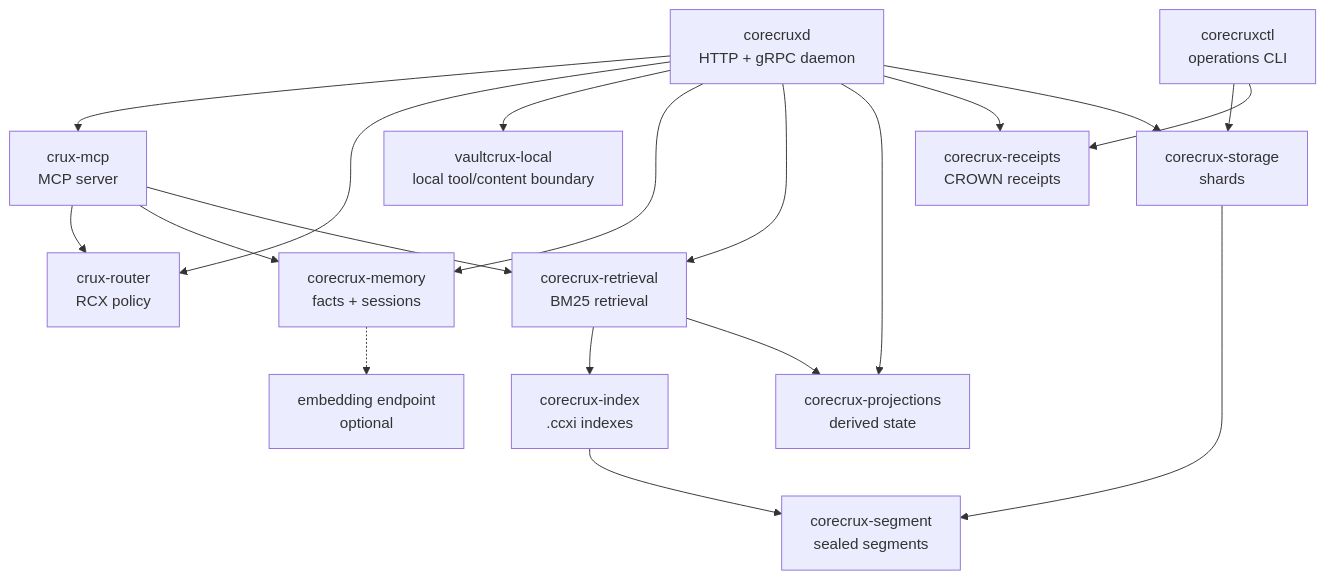
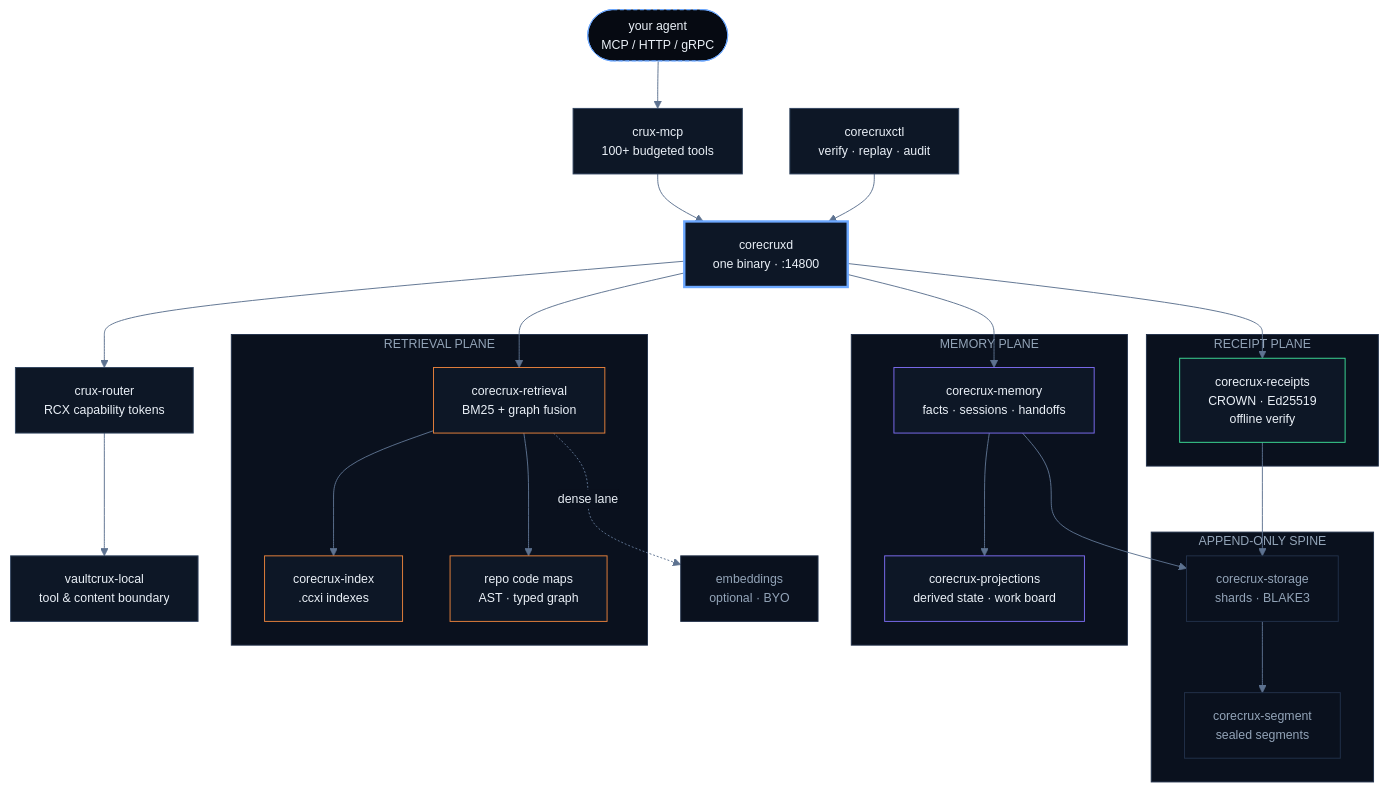
Before and after one commit to CueCrux/Crux: the first of 2 diagrams in README.md, drawn with Mermaid. The commit also changed other lines of this file and 1 other file, not shown here.

Commit message:
docs(readme): review + Glass-theme the How-it-works and platform workflows
Accuracy pass against 0.5.38 capabilities:
- Add the shipped AST code-maps capability (repo registry + typed
  code-structure graph) to the How-it-works diagram and the What-you-get
  table — it was the 0.5.38 headline and appeared nowhere in the README.
- Add WikiCrux (wiki.cuecrux.com) to the platform diagram: a live public
  surface served by this daemon's code maps — the dogfooding proof of the
  standalone-by-design pitch.
- Note that credit spends mint signed receipts
  (crux.credit_spend_receipt.v1) — the meter itself is auditable.
- Embeddings edge corrected: the optional endpoint feeds the dense lane
  (retrieval), not memory.

Styling pass (impeccable): both mermaid diagrams now carry the console's
own Glass theme — #060A12 panels, #6CA8FF accent hub, and the plane triad
(violet memory / amber retrieval / mint receipts) matching the console
tile accents; monospace instrument voice; subgraphs make the 'three
planes on an append-only spine' story visible instead of asserted. Both
blocks validated against real mermaid (kroki render).

````diff
--- a/README.md
+++ b/README.md
@@ -221,35 +222,62 @@
 ```mermaid
-graph TD
-    mcp[crux-mcp<br/>MCP server]
-    daemon[corecruxd<br/>HTTP + gRPC daemon]
-    ctl[corecruxctl<br/>operations CLI]
-    router[crux-router<br/>RCX policy]
-    vault[vaultcrux-local<br/>local tool/content boundary]
-    memory[corecrux-memory<br/>facts + sessions]
-    retrieval[corecrux-retrieval<br/>BM25 retrieval]
-    projections[corecrux-projections<br/>derived state]
-    receipts[corecrux-receipts<br/>CROWN receipts]
-    storage[corecrux-storage<br/>shards]
-    segment[corecrux-segment<br/>sealed segments]
-    index[corecrux-index<br/>.ccxi indexes]
-    embeddings[embedding endpoint<br/>optional]
+%%{init: {"theme":"base","themeVariables":{"fontFamily":"ui-monospace,SFMono-Regular,Menlo,Consolas,monospace","fontSize":"13px","primaryColor":"#0D1726","primaryTextColor":"#EAF0F7","primaryBorderColor":"#31445F","lineColor":"#5D7290","clusterBkg":"#0A111E","clusterBorder":"#22314A","titleColor":"#93A4B8","edgeLabelBackground":"#0A111E","tertiaryTextColor":"#93A4B8"}}}%%
+flowchart TD
+    agent(["your agent<br/>MCP / HTTP / gRPC"])
+    mcp["crux-mcp<br/>100+ budgeted tools"]
+    ctl["corecruxctl<br/>verify · replay · audit"]
+    daemon["corecruxd<br/>one binary · :14800"]
+    router["crux-router<br/>RCX capability tokens"]
+    vault["vaultcrux-local<br/>tool & content boundary"]
 
-    daemon --> mcp
-    daemon --> router
-    daemon --> vault
+    subgraph retplane["RETRIEVAL PLANE"]
+        retrieval["corecrux-retrieval<br/>BM25 + graph fusion"]
+        index["corecrux-index<br/>.ccxi indexes"]
+        codemap["repo code maps<br/>AST · typed graph"]
+    end
+
+    subgraph memplane["MEMORY PLANE"]
+        memory["corecrux-memory<br/>facts · sessions · handoffs"]
+        projections["corecrux-projections<br/>derived state · work board"]
+    end
+
+    subgraph recplane["RECEIPT PLANE"]
+        receipts["corecrux-receipts<br/>CROWN · Ed25519<br/>offline verify"]
+    end
+
+    subgraph spine["APPEND-ONLY SPINE"]
+        storage["corecrux-storage<br/>shards · BLAKE3"]
+        segment["corecrux-segment<br/>sealed segments"]
+    end
+
+    embeddings["embeddings<br/>optional · BYO"]
+
+    agent --> mcp --> daemon
+    ctl --> daemon
+    daemon --> router --> vault
+    daemon --> retrieval
     daemon --> memory
-    daemon --> retrieval
-    daemon --> projections
     daemon --> receipts
-    daemon --> storage
-    ctl --> storage
-    ctl --> receipts
-    mcp --> router
-    mcp --> memory
-    mcp --> retrieval
+    memory --> projections
     retrieval --> index
-    retrieval --> projections
+    retrieval --> codemap
+    memory --> storage
+    receipts --> storage
     storage --> segment
-    index --> segment
-    memory -.-> embeddings
+    retrieval -. "dense lane" .-> embeddings
+
+    classDef glass fill:#0D1726,stroke:#31445F,color:#EAF0F7
+    classDef entry fill:#060A12,stroke:#6CA8FF,color:#EAF0F7,stroke-dasharray:4 3
+    classDef hub fill:#0D1726,stroke:#6CA8FF,color:#EAF0F7,stroke-width:2.5px
+    classDef mem fill:#0D1726,stroke:#7C6CF0,color:#EAF0F7
+    classDef ret fill:#0D1726,stroke:#E8823C,color:#EAF0F7
+    classDef rec fill:#0D1726,stroke:#3DDC97,color:#EAF0F7
+    classDef dim fill:#0A111E,stroke:#22314A,color:#93A4B8
+
+    class agent entry
+    class daemon hub
+    class mcp,ctl,router,vault glass
+    class memory,projections mem
+    class retrieval,index,codemap ret
+    class receipts rec
+    class storage,segment,embeddings dim
 ```
````
